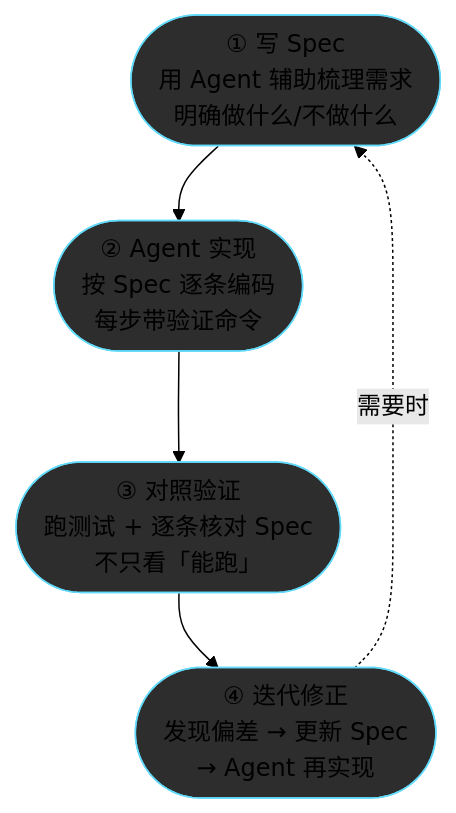
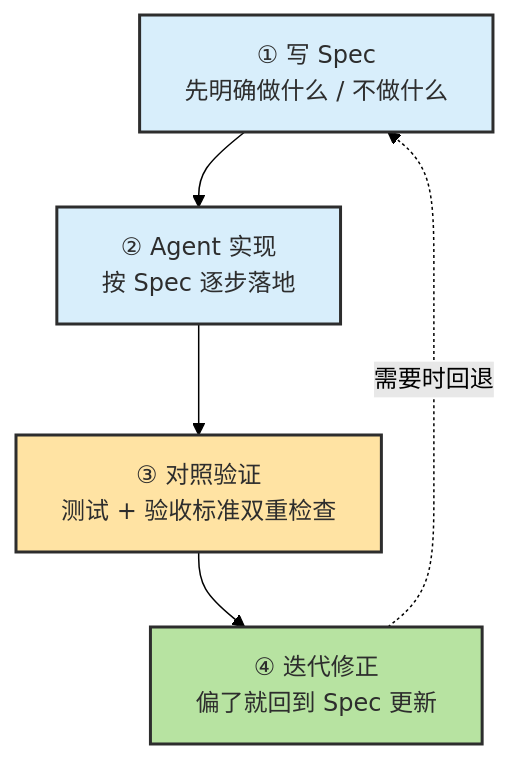
Before and after one commit to zht043/AgenticCodingTutorial: the fourth of 7 diagrams in docs/chapters/ch09-engineering.md, drawn with Mermaid (forest theme). The commit also changed other lines of this file and 69 other files, not shown here.

Commit message:
optimize docs and add mermaid validation

````diff
--- a/docs/chapters/ch09-engineering.md
+++ b/docs/chapters/ch09-engineering.md
@@ -216,13 +210,14 @@
 ```mermaid
 flowchart TB
-    classDef step fill:#2d2d2d,stroke:#61dafb
-    classDef check fill:#2d2d2d,stroke:#98c379
+    classDef step fill:#d8eefb,stroke:#2d2d2d,stroke-width:2px,color:#2d2d2d
+    classDef verify fill:#ffe3a3,stroke:#2d2d2d,stroke-width:2px,color:#2d2d2d
+    classDef iterate fill:#b7e3a1,stroke:#2d2d2d,stroke-width:2px,color:#2d2d2d
 
-    S1(["① 写 Spec<br/>用 Agent 辅助梳理需求<br/>明确做什么/不做什么"]):::step
-    S2(["② Agent 实现<br/>按 Spec 逐条编码<br/>每步带验证命令"]):::step
-    S3(["③ 对照验证<br/>跑测试 + 逐条核对 Spec<br/>不只看「能跑」"]):::step
-    S4(["④ 迭代修正<br/>发现偏差 → 更新 Spec<br/>→ Agent 再实现"]):::step
+    S1["① 写 Spec<br/>先明确做什么 / 不做什么"]:::step
+    S2["② Agent 实现<br/>按 Spec 逐步落地"]:::step
+    S3["③ 对照验证<br/>测试 + 验收标准双重检查"]:::verify
+    S4["④ 迭代修正<br/>偏了就回到 Spec 更新"]:::iterate
 
     S1 --> S2 --> S3 --> S4
-    S4 -.->|"需要时"| S1
+    S4 -.->|"需要时回退"| S1
 ```
````
